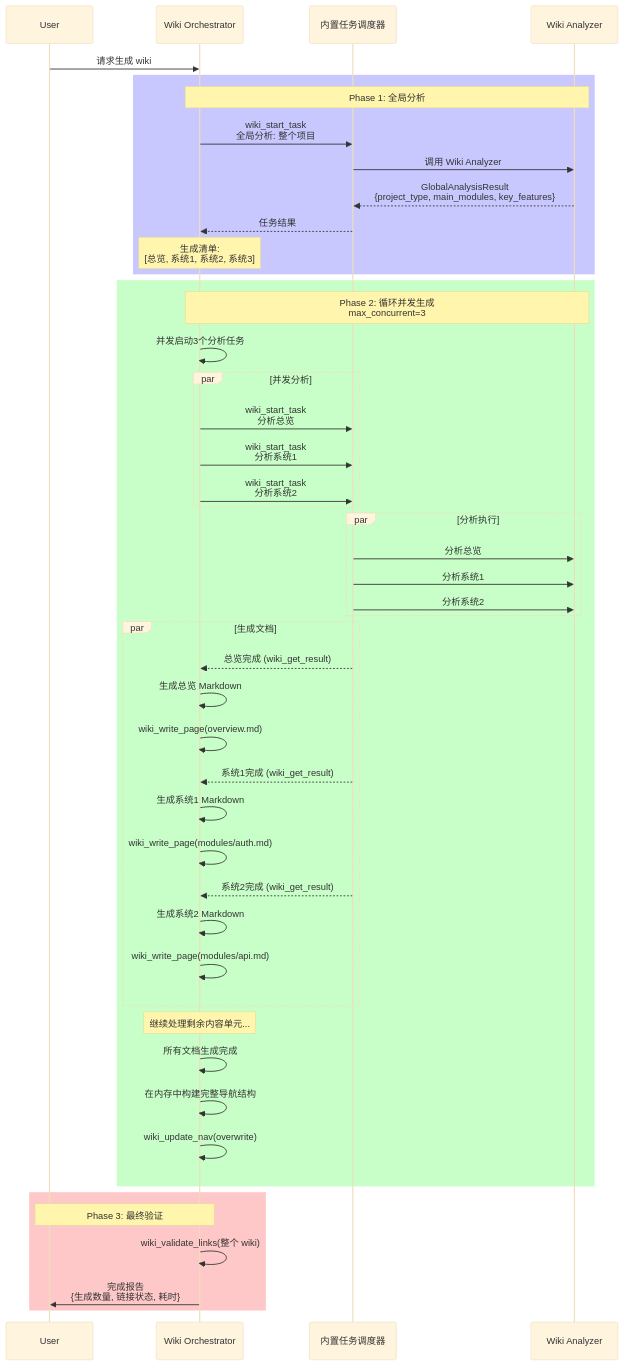
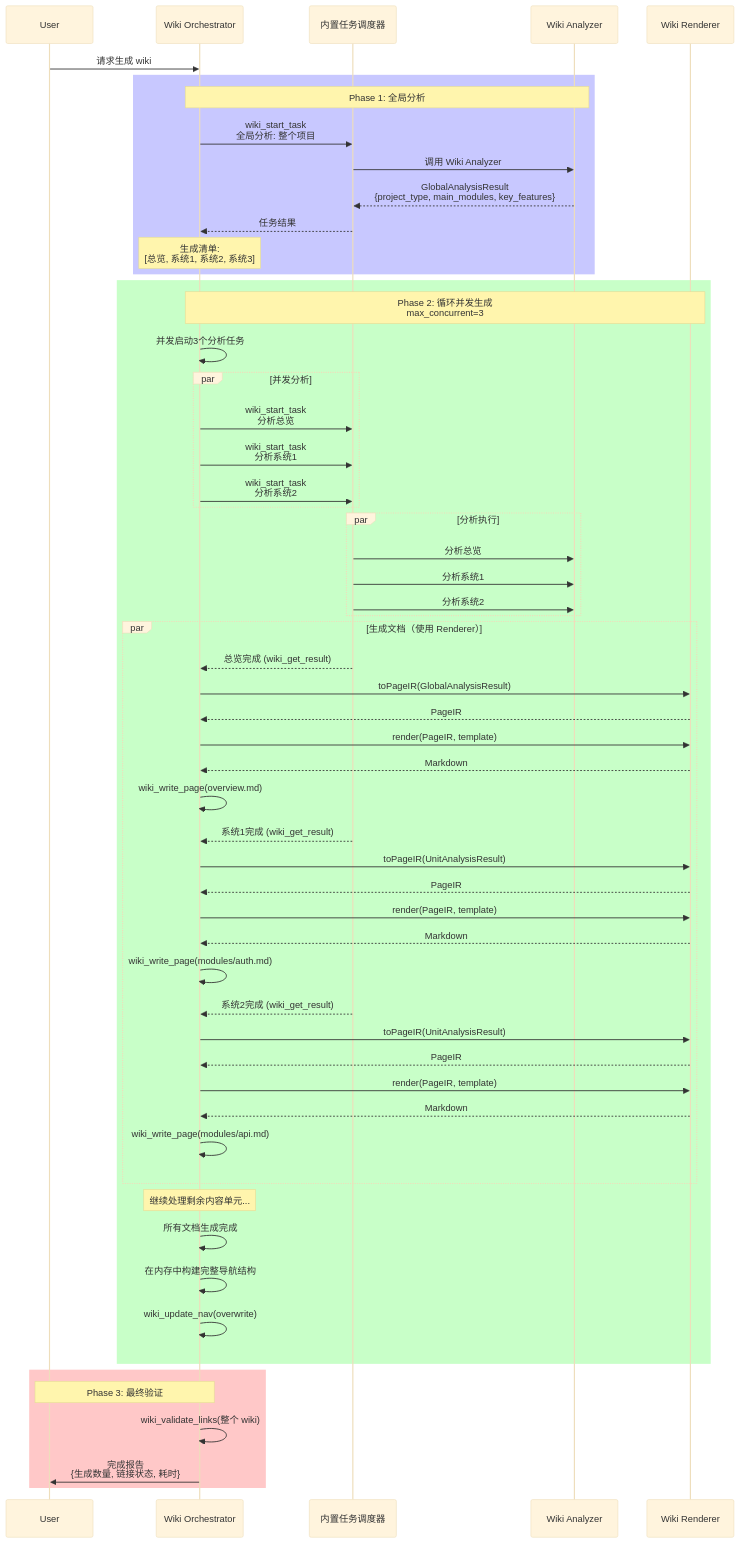
Before and after one commit to chao243/opencode-wiki: the second of 2 diagrams in docs/SYSTEM-DESIGN.md, drawn with Mermaid (base theme). The commit also changed other lines of this file and 2 other files, not shown here.

Commit message:
更新 TODO.md 文档，调整 MVP 目标和当前状态，新增 Wiki Renderer 模块相关任务；新增 AI 函数调用机制文档，详细描述工具注册、定义、执行流程及核心组件。

````diff
--- a/docs/SYSTEM-DESIGN.md
+++ b/docs/SYSTEM-DESIGN.md
@@ -297,62 +509,72 @@
- ```mermaid
- sequenceDiagram
-     participant User
-     participant Orch as Wiki Orchestrator
-     participant Scheduler as 内置任务调度器
-     participant Analyzer as Wiki Analyzer
+  ```mermaid
+  sequenceDiagram
+      participant User
+      participant Orch as Wiki Orchestrator
+      participant Scheduler as 内置任务调度器
+      participant Analyzer as Wiki Analyzer
+      participant Renderer as Wiki Renderer
 
-     User->>Orch: 请求生成 wiki
+      User->>Orch: 请求生成 wiki
 
-     rect rgb(200, 200, 255)
-         Note over Orch,Analyzer: Phase 1: 全局分析
-         Orch->>Scheduler: wiki_start_task<br/>全局分析: 整个项目
-         Scheduler->>Analyzer: 调用 Wiki Analyzer
-         Analyzer-->>Scheduler: GlobalAnalysisResult<br/>{project_type, main_modules, key_features}
-         Scheduler-->>Orch: 任务结果
-         Note over Orch: 生成清单:<br/>[总览, 系统1, 系统2, 系统3]
-     end
+      rect rgb(200, 200, 255)
+          Note over Orch,Analyzer: Phase 1: 全局分析
+          Orch->>Scheduler: wiki_start_task<br/>全局分析: 整个项目
+          Scheduler->>Analyzer: 调用 Wiki Analyzer
+          Analyzer-->>Scheduler: GlobalAnalysisResult<br/>{project_type, main_modules, key_features}
+          Scheduler-->>Orch: 任务结果
+          Note over Orch: 生成清单:<br/>[总览, 系统1, 系统2, 系统3]
+      end
 
-     rect rgb(200, 255, 200)
-         Note over Orch,Analyzer: Phase 2: 循环并发生成<br/>max_concurrent=3
+      rect rgb(200, 255, 200)
+          Note over Orch,Renderer: Phase 2: 循环并发生成<br/>max_concurrent=3
 
-         Orch->>Orch: 并发启动3个分析任务
+          Orch->>Orch: 并发启动3个分析任务
 
-         par 并发分析
-             Orch->>Scheduler: wiki_start_task<br/>分析总览
-             Orch->>Scheduler: wiki_start_task<br/>分析系统1
-             Orch->>Scheduler: wiki_start_task<br/>分析系统2
-         end
+          par 并发分析
+              Orch->>Scheduler: wiki_start_task<br/>分析总览
+              Orch->>Scheduler: wiki_start_task<br/>分析系统1
+              Orch->>Scheduler: wiki_start_task<br/>分析系统2
+          end
 
-         par 分析执行
-             Scheduler->>Analyzer: 分析总览
-             Scheduler->>Analyzer: 分析系统1
-             Scheduler->>Analyzer: 分析系统2
-         end
+          par 分析执行
+              Scheduler->>Analyzer: 分析总览
+              Scheduler->>Analyzer: 分析系统1
+              Scheduler->>Analyzer: 分析系统2
+          end
 
-         par 生成文档
-             Scheduler-->>Orch: 总览完成 (wiki_get_result)
-             Orch->>Orch: 生成总览 Markdown
-             Orch->>Orch: wiki_write_page(overview.md)
+          par 生成文档（使用 Renderer）
+              Scheduler-->>Orch: 总览完成 (wiki_get_result)
+              Orch->>Renderer: toPageIR(GlobalAnalysisResult)
+              Renderer-->>Orch: PageIR
+              Orch->>Renderer: render(PageIR, template)
+              Renderer-->>Orch: Markdown
+              Orch->>Orch: wiki_write_page(overview.md)
 
-             Scheduler-->>Orch: 系统1完成 (wiki_get_result)
-             Orch->>Orch: 生成系统1 Markdown
-             Orch->>Orch: wiki_write_page(modules/auth.md)
+              Scheduler-->>Orch: 系统1完成 (wiki_get_result)
+              Orch->>Renderer: toPageIR(UnitAnalysisResult)
+              Renderer-->>Orch: PageIR
+              Orch->>Renderer: render(PageIR, template)
+              Renderer-->>Orch: Markdown
+              Orch->>Orch: wiki_write_page(modules/auth.md)
 
-             Scheduler-->>Orch: 系统2完成 (wiki_get_result)
-             Orch->>Orch: 生成系统2 Markdown
-             Orch->>Orch: wiki_write_page(modules/api.md)
-         end
+              Scheduler-->>Orch: 系统2完成 (wiki_get_result)
+              Orch->>Renderer: toPageIR(UnitAnalysisResult)
+              Renderer-->>Orch: PageIR
+              Orch->>Renderer: render(PageIR, template)
+              Renderer-->>Orch: Markdown
+              Orch->>Orch: wiki_write_page(modules/api.md)
+          end
 
-         Note over Orch: 继续处理剩余内容单元...
+          Note over Orch: 继续处理剩余内容单元...
 
-         Orch->>Orch: 所有文档生成完成
-         Orch->>Orch: 在内存中构建完整导航结构
-         Orch->>Orch: wiki_update_nav(overwrite)
-     end
+          Orch->>Orch: 所有文档生成完成
+          Orch->>Orch: 在内存中构建完整导航结构
+          Orch->>Orch: wiki_update_nav(overwrite)
+      end
 
-     rect rgb(255, 200, 200)
-         Note over Orch,User: Phase 3: 最终验证
-         Orch->>Orch: wiki_validate_links(整个 wiki)
-         Orch->>User: 完成报告<br/>{生成数量, 链接状态, 耗时}
-     end
- ```
+      rect rgb(255, 200, 200)
+          Note over Orch,User: Phase 3: 最终验证
+          Orch->>Orch: wiki_validate_links(整个 wiki)
+          Orch->>User: 完成报告<br/>{生成数量, 链接状态, 耗时}
+      end
+  ```
````
